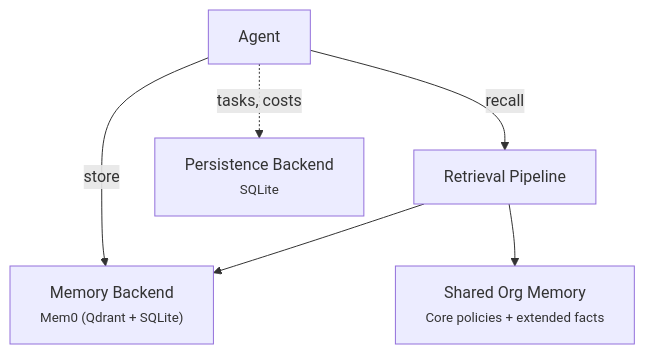
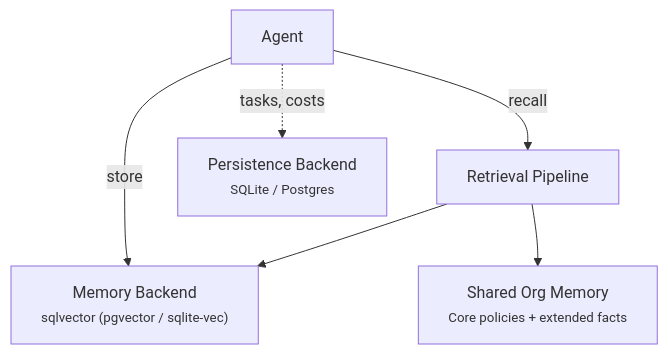
One commit to Aureliolo/synthorg changed the diagram in docs/guides/memory.md. Above: the diagram before and after it, drawn with Mermaid. The commit also changed other lines of this file and 267 other files, not shown here.

````diff
--- a/docs/guides/memory.md
+++ b/docs/guides/memory.md
@@ -19,14 +19,14 @@
 ```mermaid
 graph TD
     Agent["Agent"]
     Retriever["Retrieval Pipeline"]
-    Backend["Memory Backend<br/><small>Mem0 (Qdrant + SQLite)</small>"]
+    Backend["Memory Backend<br/><small>sqlvector (pgvector / sqlite-vec)</small>"]
     OrgMem["Shared Org Memory<br/><small>Core policies + extended facts</small>"]
-    Persistence["Persistence Backend<br/><small>SQLite</small>"]
+    Persistence["Persistence Backend<br/><small>SQLite / Postgres</small>"]
 
     Agent -->|"recall"| Retriever
     Agent -->|"store"| Backend
     Retriever --> Backend
     Retriever --> OrgMem
     Agent -.->|"tasks, costs"| Persistence
 ```
````
